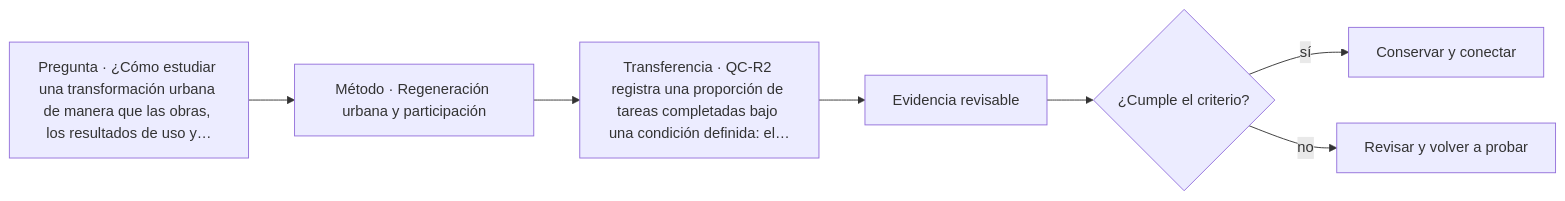
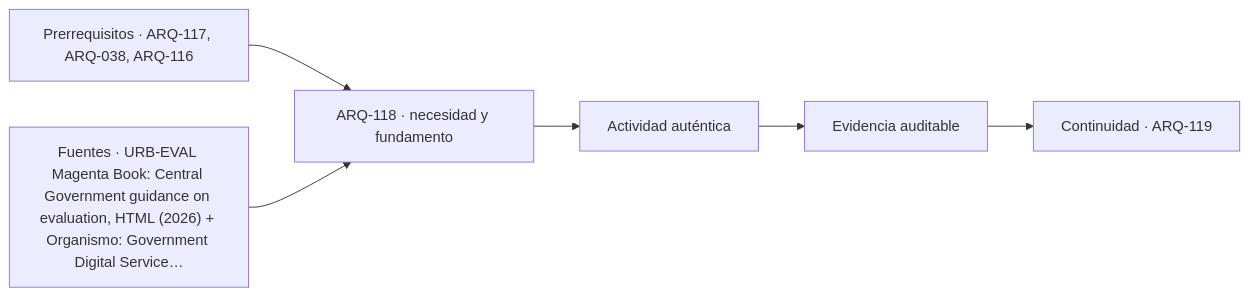
One commit to vladimiracunadev-create/architecture-built-environment-learning-program changed the diagram in classes/parte-12/ARQ-118.md. Above: the diagram before and after it, drawn with Mermaid. The commit also changed other lines of this file and 761 other files, not shown here.

````diff
--- a/classes/parte-12/ARQ-118.md
+++ b/classes/parte-12/ARQ-118.md
@@ -112,9 +124,8 @@
 ```mermaid
 flowchart LR
-    Q["Pregunta · ¿Cómo estudiar una transformación urbana de manera que las obras, los resultados de uso y…"] --> M["Método · Regeneración urbana y participación"]
-    M --> P["Transferencia · QC-R2 registra una proporción de tareas completadas bajo una condición definida: el…"]
-    P --> E["Evidencia revisable"]
-    E --> C{"¿Cumple el criterio?"}
-    C -->|sí| T["Conservar y conectar"]
-    C -->|no| R["Revisar y volver a probar"]
+    A["Prerrequisitos · ARQ-117, ARQ-038, ARQ-116"] --> B["ARQ-118 · necesidad y fundamento"]
+    S["Fuentes · URB-EVAL Magenta Book: Central Government guidance on evaluation, HTML (2026) + Organismo: Government Digital Service…"] --> B
+    B --> C["Actividad auténtica"]
+    C --> D["Evidencia auditable"]
+    D --> E["Continuidad · ARQ-119"]
 ```
````
